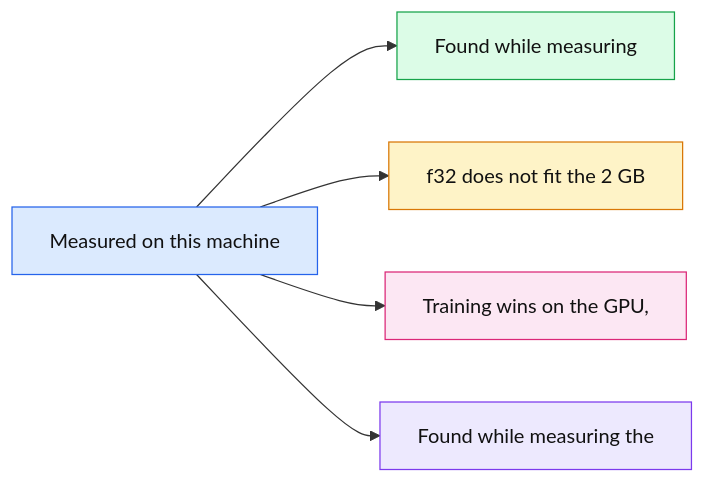
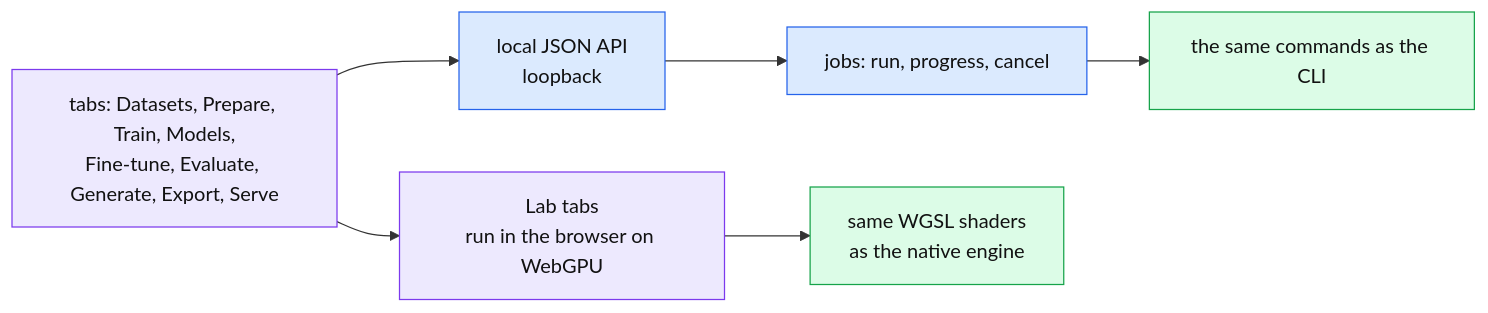
One commit to thomascherickal/ferrum-gpu changed diagram 12 of 21 in readme.md. Above: the diagram before and after it, drawn with Mermaid. The commit also changed other lines of this file and 4 other files, not shown here.

First line of the commit message:
docs: hand-drawn data-flow diagrams for the readme, architecture and GUI pages

````diff
--- a/readme.md
+++ b/readme.md
@@ -347,13 +341,13 @@
 ```mermaid
 flowchart LR
-    a["Measured on this machine"]:::root
-    a --> n0["Found while measuring"]:::c0
-    a --> n1["f32 does not fit the 2 GB"]:::c1
-    a --> n2["Training wins on the GPU,"]:::c2
-    a --> n3["Found while measuring the"]:::c3
-    classDef root fill:#dbeafe,stroke:#2563eb,color:#111
-    classDef c0 fill:#dcfce7,stroke:#16a34a,color:#111
-    classDef c1 fill:#fef3c7,stroke:#d97706,color:#111
-    classDef c2 fill:#fce7f3,stroke:#db2777,color:#111
-    classDef c3 fill:#ede9fe,stroke:#7c3aed,color:#111
+    tabs["tabs: Datasets, Prepare, Train, Models,<br/>Fine-tune, Evaluate, Generate, Export, Serve"]:::host --> api["local JSON API<br/>loopback"]:::core
+    api --> jobs["jobs: run, progress, cancel"]:::core
+    jobs --> cmd["the same commands as the CLI"]:::gpu
+    tabs --> wb["Lab tabs<br/>run in the browser on WebGPU"]:::host
+    wb --> sh["same WGSL shaders<br/>as the native engine"]:::gpu
+    classDef core fill:#dbeafe,stroke:#2563eb,color:#111
+    classDef gpu fill:#dcfce7,stroke:#16a34a,color:#111
+    classDef cpu fill:#fef3c7,stroke:#d97706,color:#111
+    classDef io fill:#fce7f3,stroke:#db2777,color:#111
+    classDef host fill:#ede9fe,stroke:#7c3aed,color:#111
 ```
````
